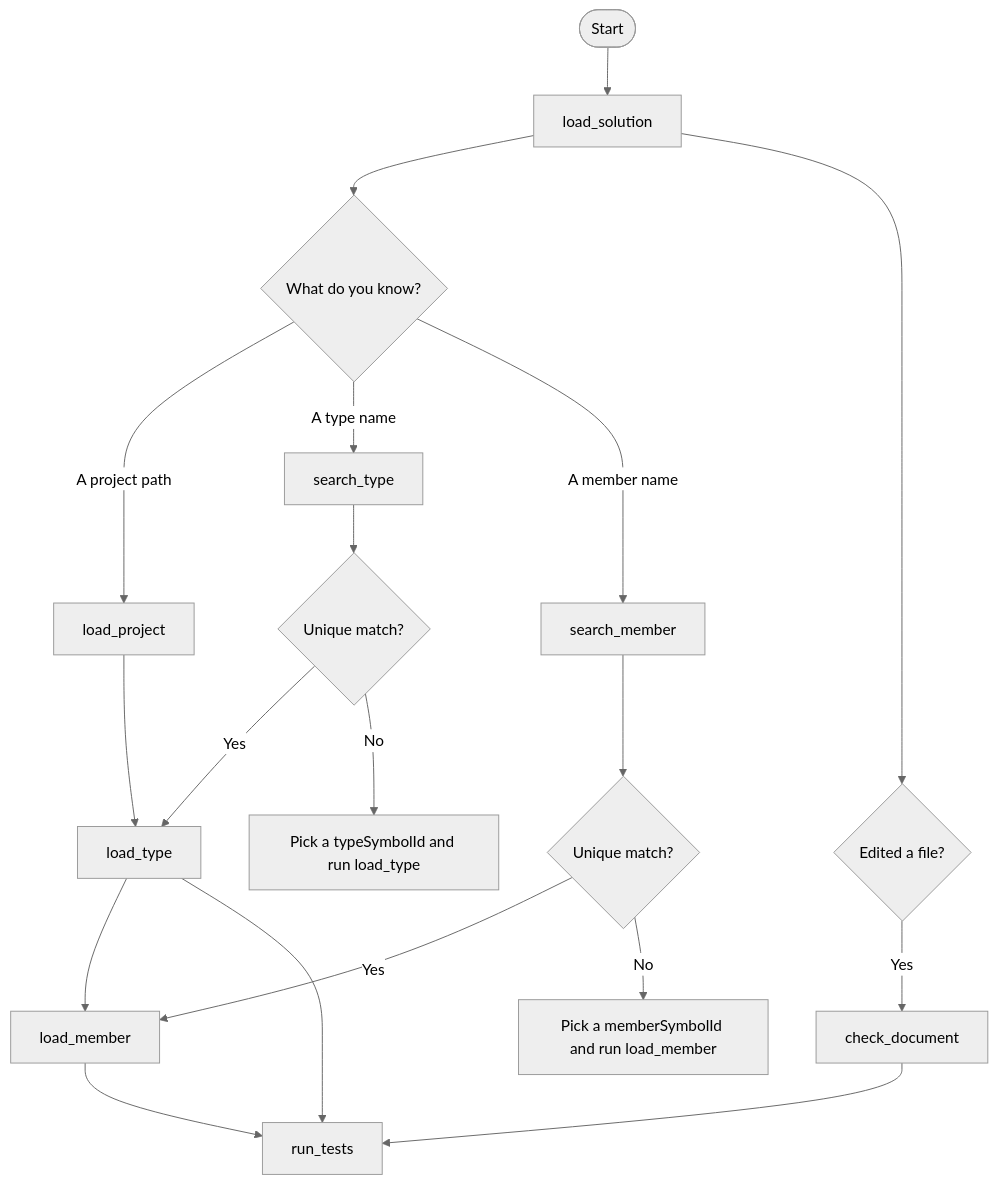
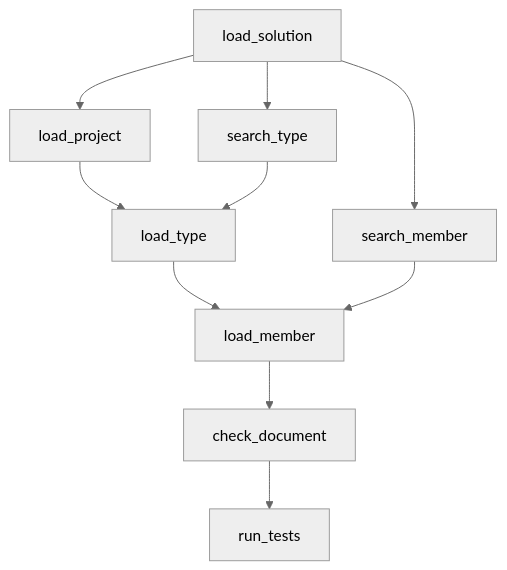
The diagram in README.md (bob-clawd/RoslynMcp), drawn with Mermaid (neutral theme) before and after one commit.

````diff
--- a/README.md
+++ b/README.md
@@ -60,27 +60,15 @@
 ```mermaid
 flowchart TD
-    Start([Start]) --> LoadSolution[load_solution]
+    ls[load_solution] --> lp[load_project]
+    lp --> lt[load_type]
+    lt --> lm[load_member]
 
-    LoadSolution --> WhatKnown{What do you know?}
+    ls --> st[search_type]
+    ls --> sm[search_member]
 
-    WhatKnown -->|A project path| LoadProject[load_project]
-    LoadProject --> LoadType[load_type]
-    LoadType --> LoadMember[load_member]
+    st --> lt
+    sm --> lm
 
-    WhatKnown -->|A type name| SearchType[search_type]
-    SearchType --> TypeUnique{Unique match?}
-    TypeUnique -->|Yes| LoadType
-    TypeUnique -->|No| PickType[Pick a typeSymbolId and run load_type]
-
-    WhatKnown -->|A member name| SearchMember[search_member]
-    SearchMember --> MemberUnique{Unique match?}
-    MemberUnique -->|Yes| LoadMember
-    MemberUnique -->|No| PickMember[Pick a memberSymbolId and run load_member]
-
-    LoadSolution --> EditedFile{Edited a file?}
-    EditedFile -->|Yes| CheckDocument[check_document]
-
-    LoadMember --> RunTests[run_tests]
-    LoadType --> RunTests
-    CheckDocument --> RunTests
+    lm --> cd[check_document]
+    cd --> rt[run_tests]
 ```
````
